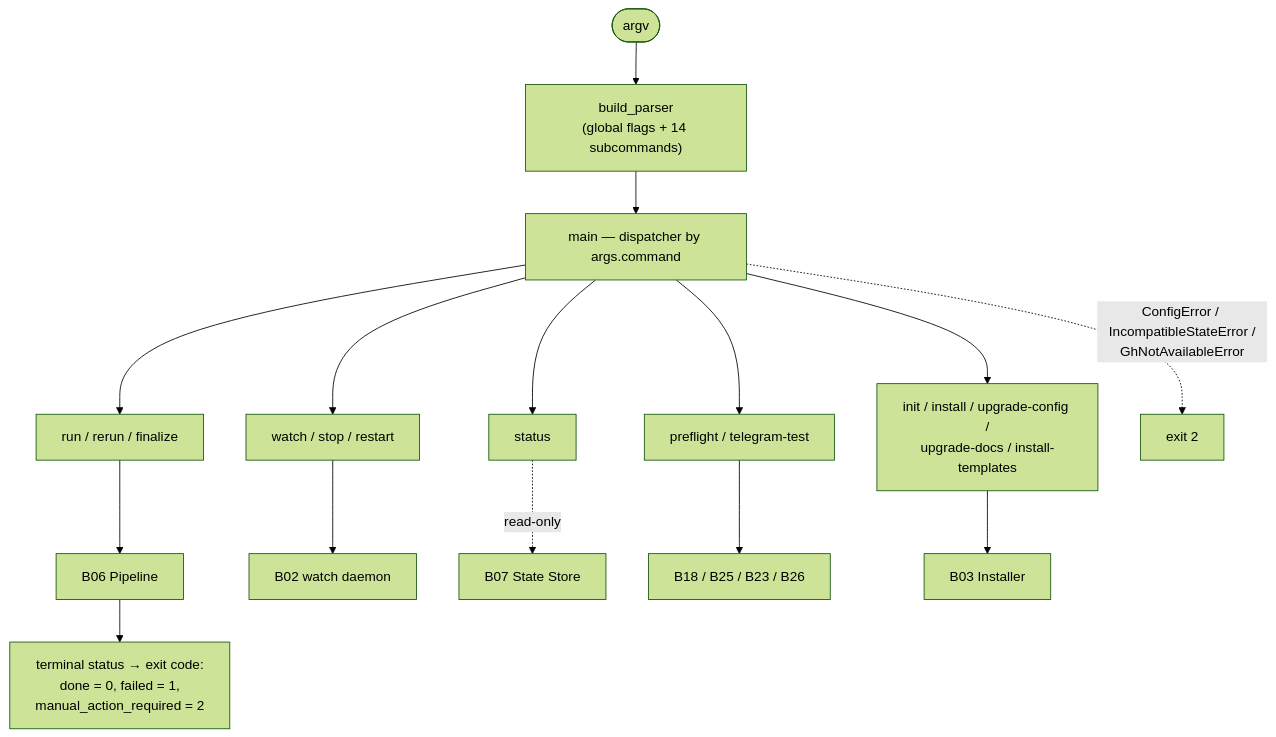
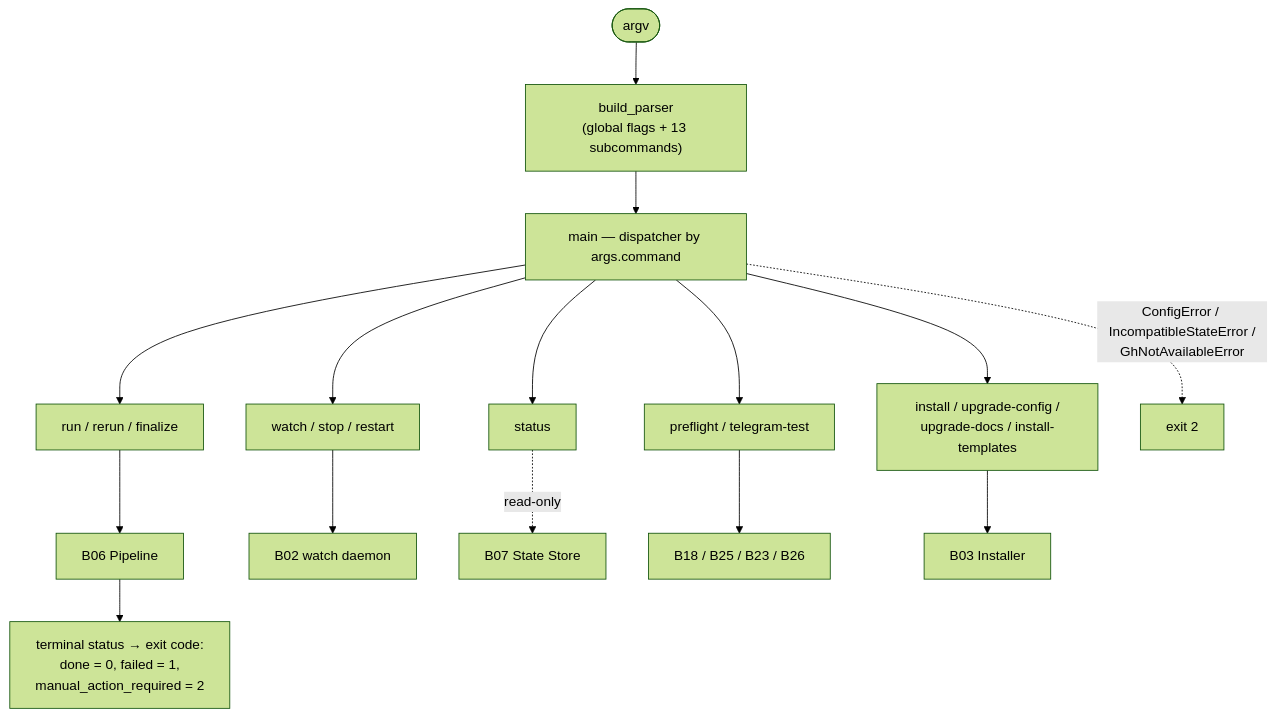
Before and after one commit to VladimirMakarevich/wastech-orchestrator: the diagram in docs/functional/blocks/B01-cli-and-operator-commands.md, drawn with Mermaid (forest theme). The commit also changed other lines of this file and 59 other files, not shown here.

````diff
--- a/docs/functional/blocks/B01-cli-and-operator-commands.md
+++ b/docs/functional/blocks/B01-cli-and-operator-commands.md
@@ -45,20 +45,20 @@
 ```mermaid
 flowchart TB
-    argv(["argv"]) --> parser["build_parser<br/>(global flags + 14 subcommands)"]
+    argv(["argv"]) --> parser["build_parser<br/>(global flags + 13 subcommands)"]
     parser --> main["main — dispatcher by args.command"]
 
     main --> c_run["run / rerun / finalize"]
     main --> c_watch["watch / stop / restart"]
     main --> c_status["status"]
     main --> c_diag["preflight / telegram-test"]
-    main --> c_inst["init / install / upgrade-config /<br/>upgrade-docs / install-templates"]
+    main --> c_inst["install / upgrade-config /<br/>upgrade-docs / install-templates"]
 
     c_run --> B06["B06 Pipeline"]
     c_watch --> B02["B02 watch daemon"]
     c_status -.->|"read-only"| B07["B07 State Store"]
     c_diag --> svc["B18 / B25 / B23 / B26"]
     c_inst --> B03["B03 Installer"]
 
     B06 --> codes["terminal status → exit code:<br/>done = 0, failed = 1,<br/>manual_action_required = 2"]
     main -.->|"ConfigError / IncompatibleStateError /<br/>GhNotAvailableError"| err2["exit 2"]
 ```
````
